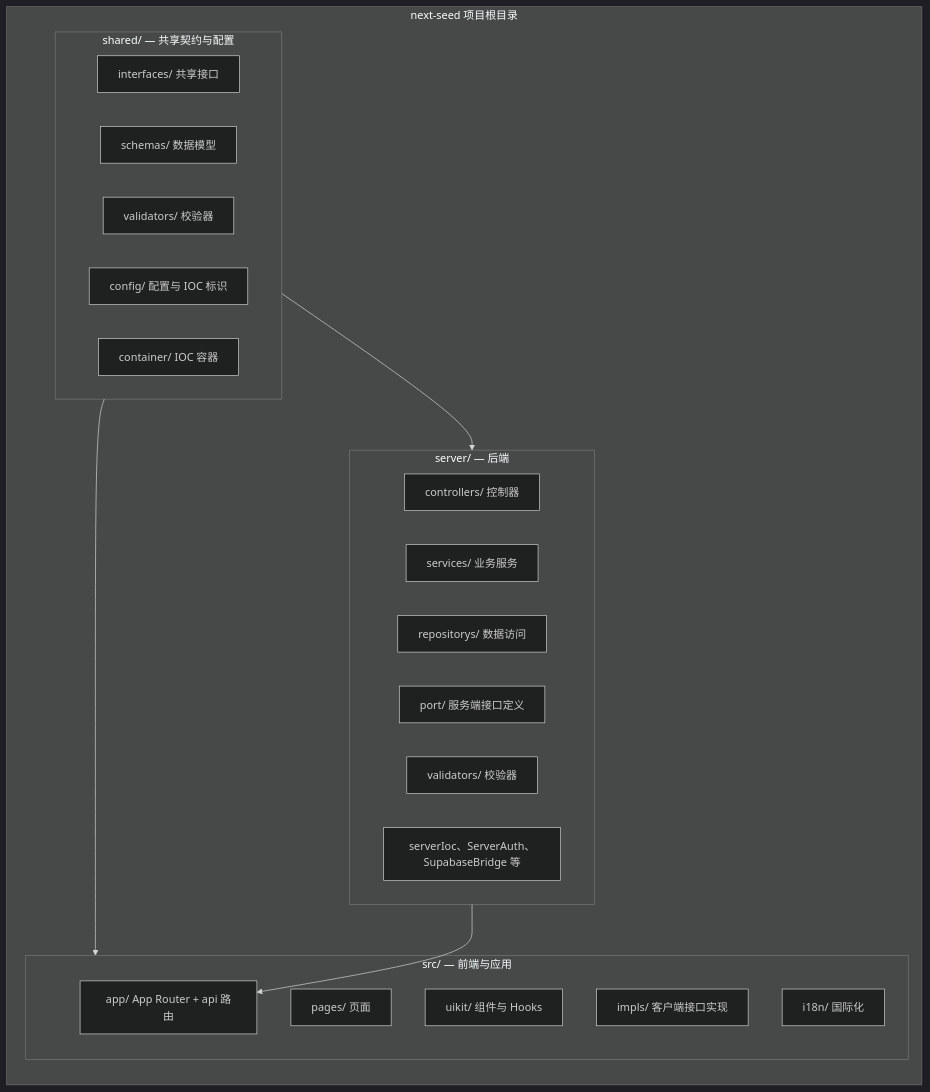
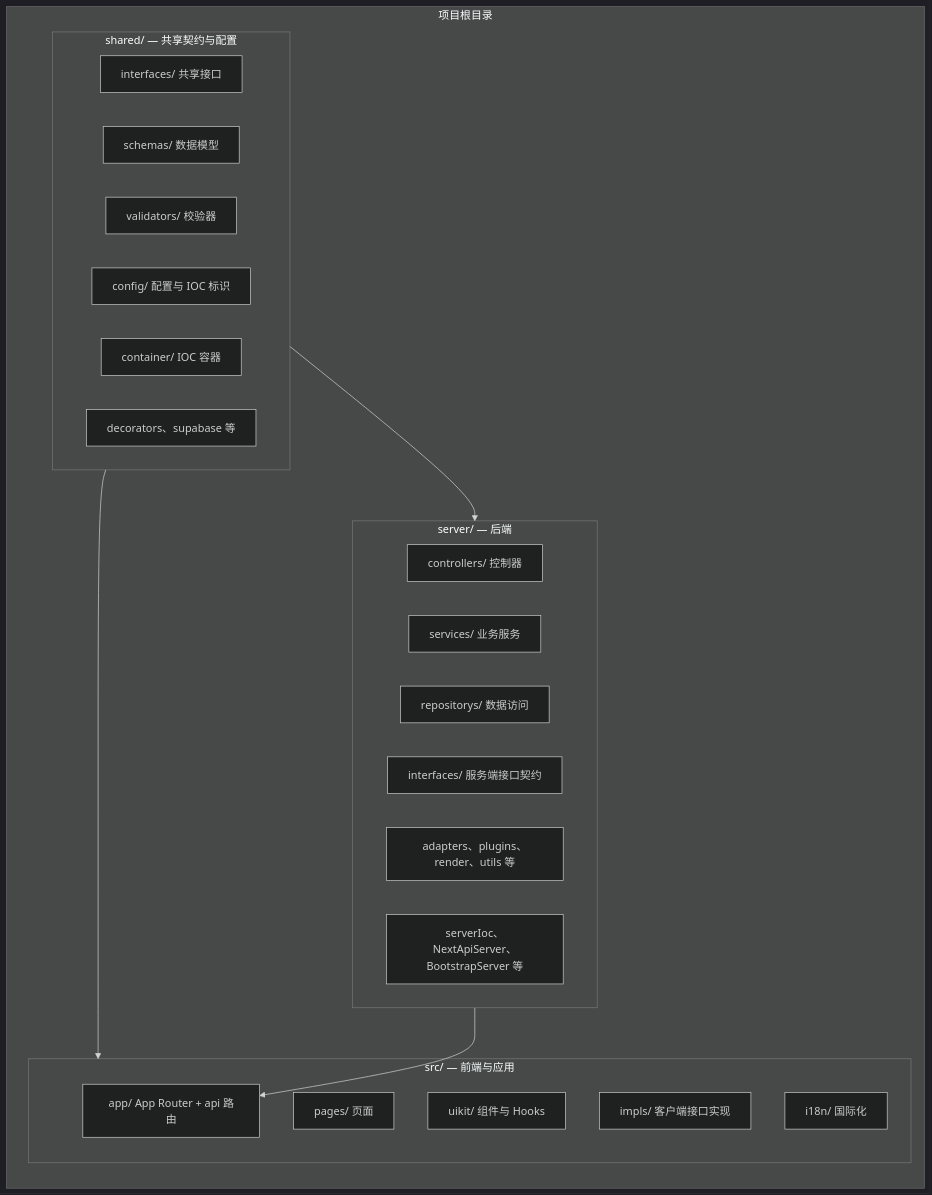
The first of 3 diagrams in examples/next-seed/README.md (qlover/fe-base), drawn with Mermaid (dark theme) before and after one commit. The commit also changed other lines of this file and 47 other files, not shown here.

````diff
--- a/examples/next-seed/README.md
+++ b/examples/next-seed/README.md
@@ -30,31 +44,32 @@
 ```mermaid
 flowchart TB
-  subgraph root["next-seed 项目根目录"]
+  subgraph root["项目根目录"]
     direction TB
     subgraph server["server/ — 后端"]
       S_CTL["controllers/ 控制器"]
       S_SVC["services/ 业务服务"]
       S_REP["repositorys/ 数据访问"]
-      S_PORT["port/ 服务端接口定义"]
-      S_VAL["validators/ 校验器"]
-      S_ROOT["serverIoc、ServerAuth、SupabaseBridge 等"]
+      S_IF["interfaces/ 服务端接口契约"]
+      S_EXT["adapters、plugins、render、utils 等"]
+      S_ROOT["serverIoc、NextApiServer、BootstrapServer 等"]
     end
     subgraph src["src/ — 前端与应用"]
       A_APP["app/ App Router + api 路由"]
       A_PAGES["pages/ 页面"]
       A_UI["uikit/ 组件与 Hooks"]
       A_IMPL["impls/ 客户端接口实现"]
       A_I18N["i18n/ 国际化"]
     end
     subgraph shared["shared/ — 共享契约与配置"]
       SH_IF["interfaces/ 共享接口"]
       SH_SC["schemas/ 数据模型"]
       SH_VAL["validators/ 校验器"]
       SH_CFG["config/ 配置与 IOC 标识"]
       SH_CTN["container/ IOC 容器"]
+      SH_MORE["decorators、supabase 等"]
     end
   end
   shared --> server
   shared --> src
   server --> A_APP
 ```
````
